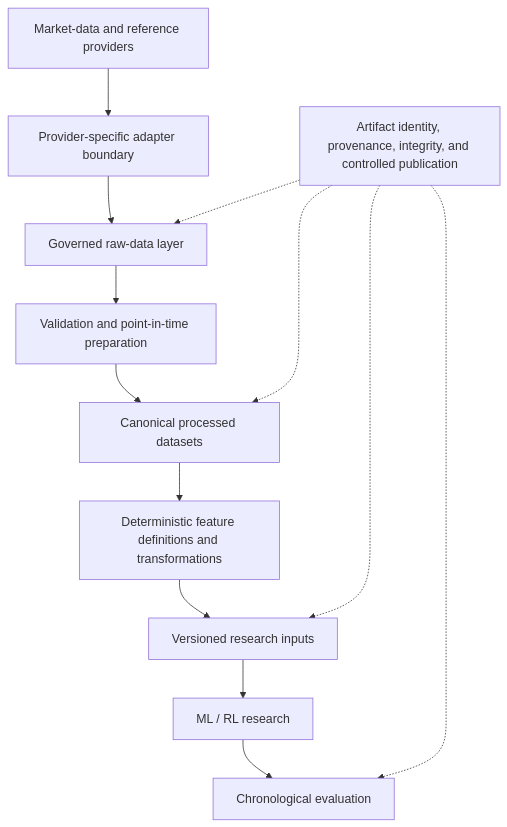
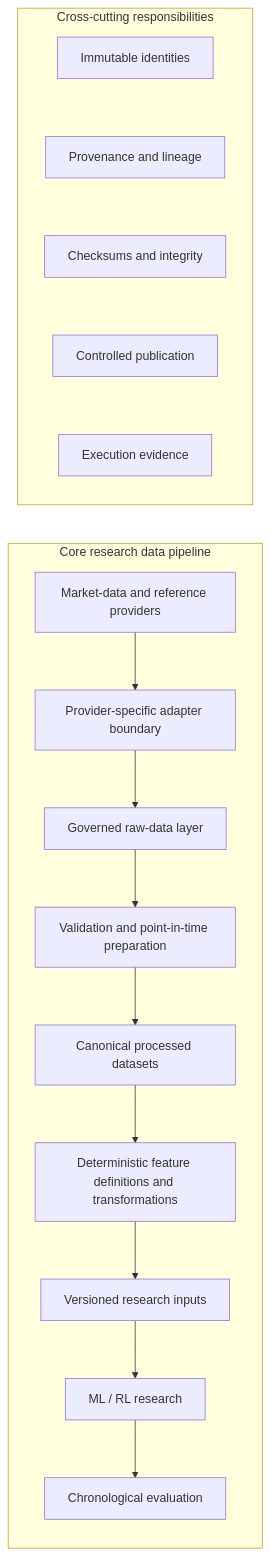
The diagram in docs/architecture/data_architecture_overview.md (racoope70/quantitative-trading-research-platform), drawn with Mermaid before and after one commit.

Commit message:
docs: group logical pipeline and cross-cutting controls in architecture diagram

````diff
--- a/docs/architecture/data_architecture_overview.md
+++ b/docs/architecture/data_architecture_overview.md
@@ -7,15 +7,22 @@
 ```mermaid
-flowchart TD
-    A[Market-data and reference providers] --> B[Provider-specific adapter boundary]
-    B --> C[Governed raw-data layer]
-    C --> D[Validation and point-in-time preparation]
-    D --> E[Canonical processed datasets]
-    E --> F[Deterministic feature definitions and transformations]
-    F --> G[Versioned research inputs]
-    G --> H[ML / RL research]
-    H --> I[Chronological evaluation]
-    X[Artifact identity, provenance, integrity, and controlled publication] -.-> C
-    X -.-> E
-    X -.-> G
-    X -.-> I
+flowchart LR
+    subgraph PIPE["Core research data pipeline"]
+        direction TB
+        A[Market-data and reference providers] --> B[Provider-specific adapter boundary]
+        B --> C[Governed raw-data layer]
+        C --> D[Validation and point-in-time preparation]
+        D --> E[Canonical processed datasets]
+        E --> F[Deterministic feature definitions and transformations]
+        F --> G[Versioned research inputs]
+        G --> H[ML / RL research]
+        H --> I[Chronological evaluation]
+    end
+
+    subgraph CONTROLS["Cross-cutting responsibilities"]
+        direction TB
+        X1["Immutable identities"] ~~~ X2["Provenance and lineage"]
+        X2 ~~~ X3["Checksums and integrity"]
+        X3 ~~~ X4["Controlled publication"]
+        X4 ~~~ X5["Execution evidence"]
+    end
 ```
````
